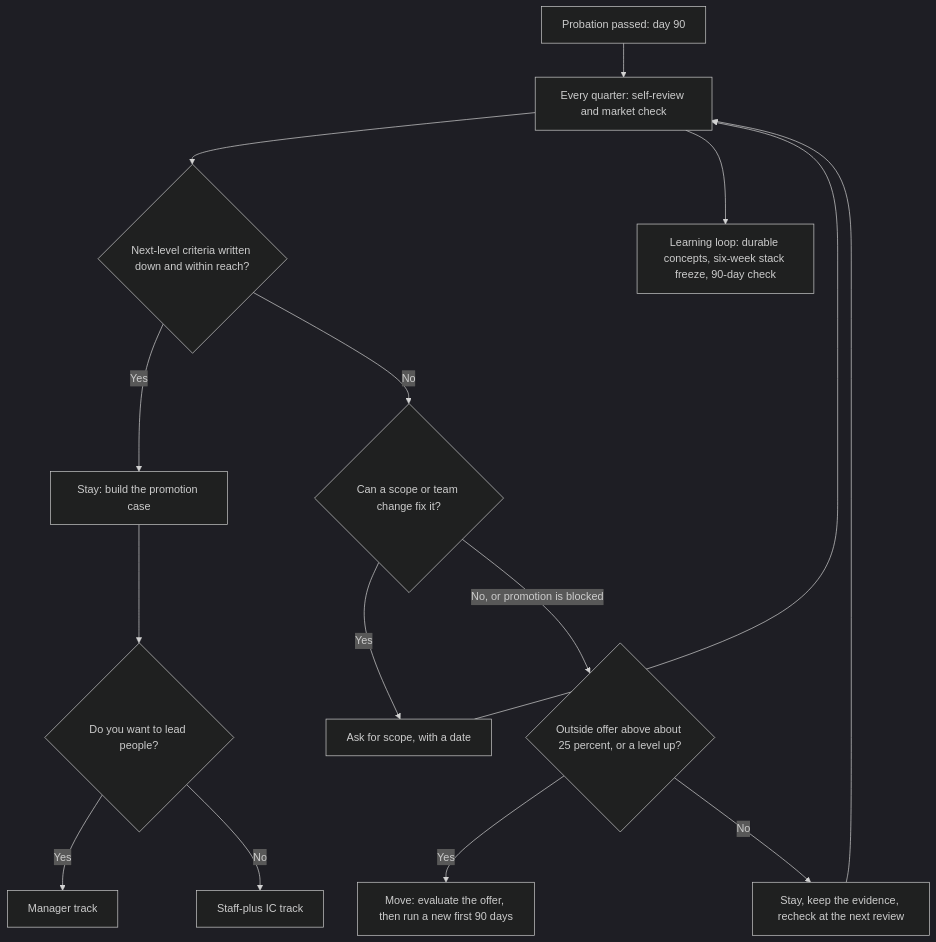
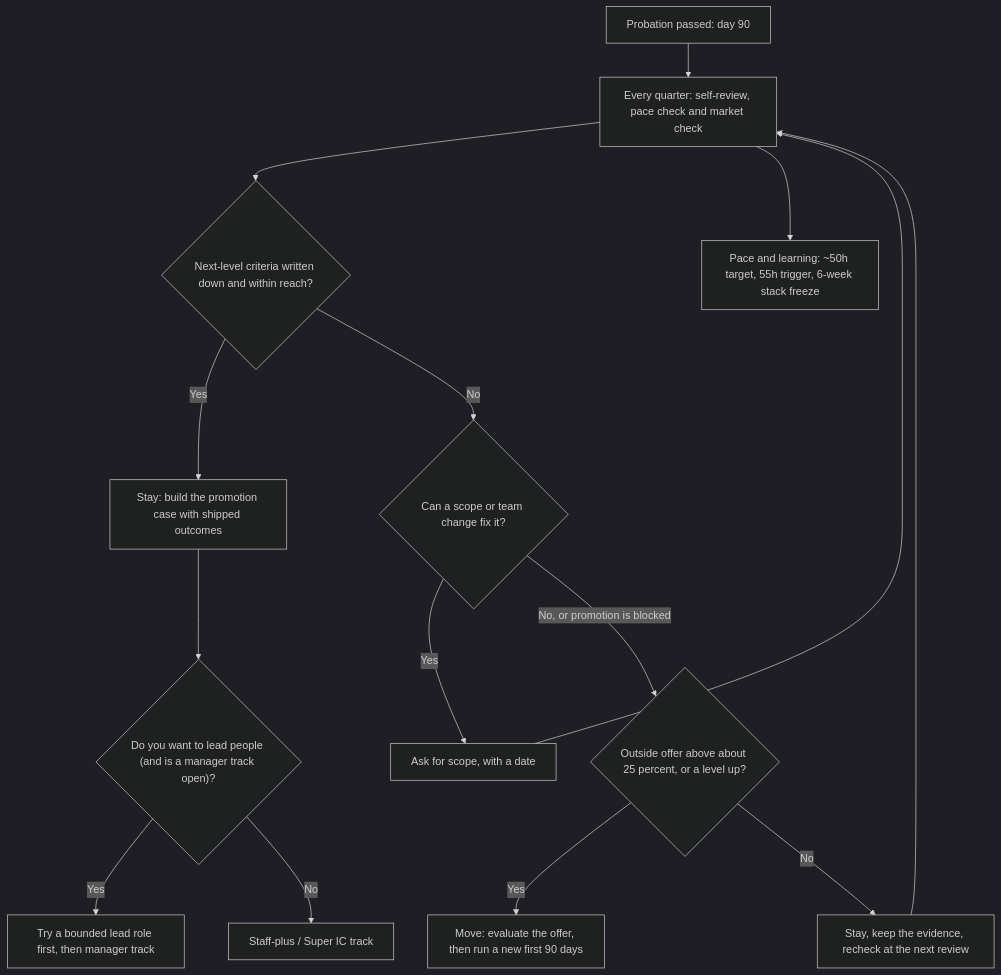
Before and after one commit to bhaskarjha-dev/genai-career: the diagram in career/10-onboarding/growth-and-progression.md, drawn with Mermaid (dark theme). The commit also changed other lines of this file and 7 other files, not shown here.

````diff
--- a/career/10-onboarding/growth-and-progression.md
+++ b/career/10-onboarding/growth-and-progression.md
@@ -33,17 +33,17 @@
 ```mermaid
 flowchart TD
-    A["Probation passed: day 90"] --> B["Every quarter: self-review and market check"]
+    A["Probation passed: day 90"] --> B["Every quarter: self-review, pace check and market check"]
     B --> C{"Next-level criteria written down and within reach?"}
-    C -->|"Yes"| D["Stay: build the promotion case"]
+    C -->|"Yes"| D["Stay: build the promotion case with shipped outcomes"]
     C -->|"No"| E{"Can a scope or team change fix it?"}
     E -->|"Yes"| F["Ask for scope, with a date"]
     F --> B
     E -->|"No, or promotion is blocked"| G{"Outside offer above about 25 percent, or a level up?"}
     G -->|"Yes"| H["Move: evaluate the offer, then run a new first 90 days"]
     G -->|"No"| I["Stay, keep the evidence, recheck at the next review"]
     I --> B
-    D --> J{"Do you want to lead people?"}
-    J -->|"Yes"| K["Manager track"]
-    J -->|"No"| L["Staff-plus IC track"]
-    B --> M["Learning loop: durable concepts, six-week stack freeze, 90-day check"]
+    D --> J{"Do you want to lead people (and is a manager track open)?"}
+    J -->|"Yes"| K["Try a bounded lead role first, then manager track"]
+    J -->|"No"| L["Staff-plus / Super IC track"]
+    B --> M["Pace and learning: ~50h target, 55h trigger, 6-week stack freeze"]
 ```
````
